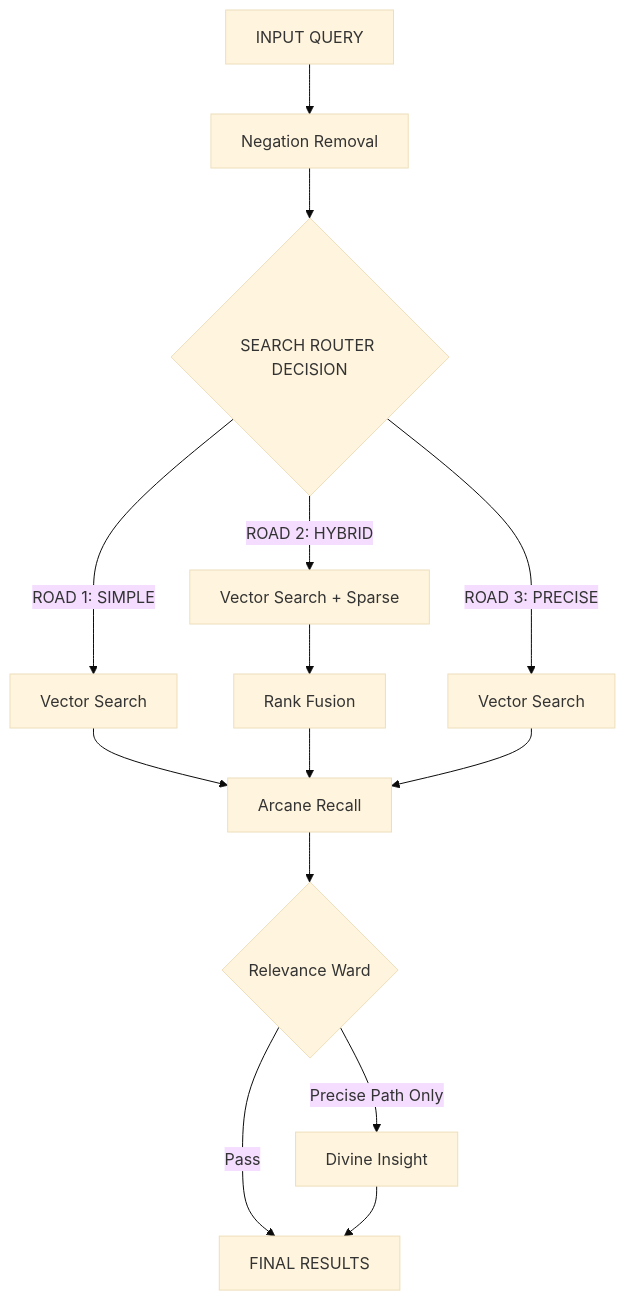
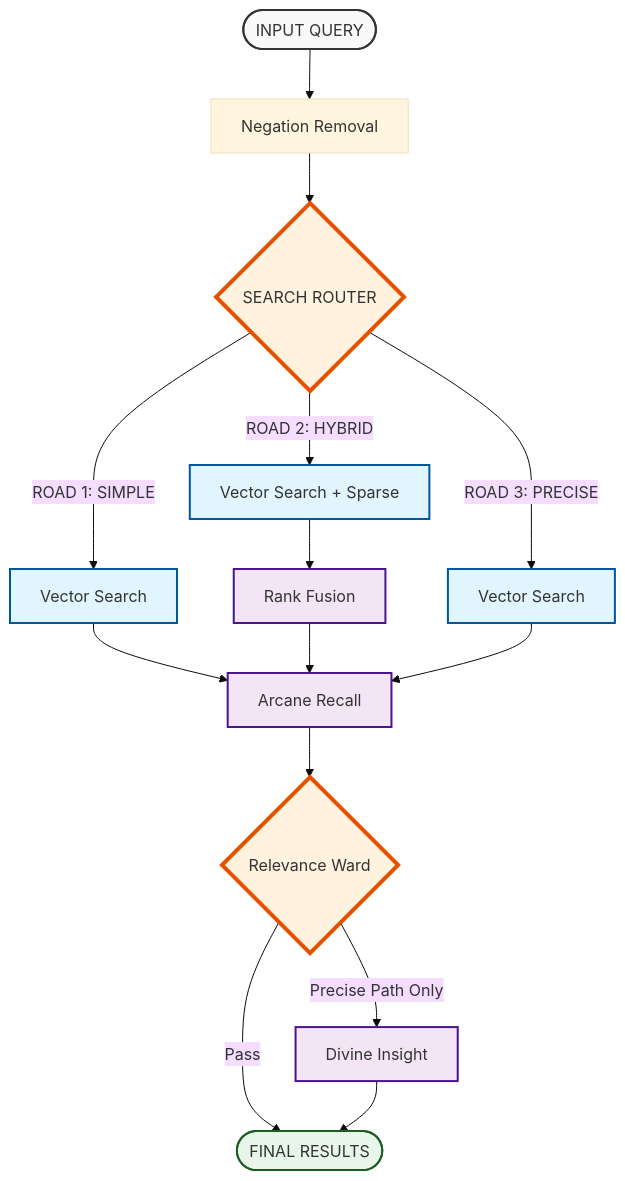
Before and after one commit to BansheeEmperor/candlekeep: the second of 5 diagrams in docs/ARCHITECTURE.md, drawn with Mermaid (base theme). The commit also changed other lines of this file and 1 other file, not shown here.

First line of the commit message:
docs: enhance mermaid diagrams with improved layout and styling

````diff
--- a/docs/ARCHITECTURE.md
+++ b/docs/ARCHITECTURE.md
@@ -69,21 +78,35 @@
 ```mermaid
 graph TD
-    Query[INPUT QUERY] --> Neg[Negation Removal]
-    Neg --> Router{SEARCH ROUTER DECISION}
+    classDef start fill:#f9f9f9,stroke:#333,stroke-width:2px;
+    classDef path fill:#e1f5fe,stroke:#01579b,stroke-width:2px;
+    classDef process fill:#f3e5f5,stroke:#4a148c,stroke-width:2px;
+    classDef result fill:#e8f5e9,stroke:#1b5e20,stroke-width:2px;
+    classDef decision fill:#fff3e0,stroke:#e65100,stroke-width:4px;
+
+    Query([INPUT QUERY]) --> Neg[Negation Removal]
+    Neg --> Router{SEARCH ROUTER}
+    class Query start;
+    class Router decision;
     
     Router -- ROAD 1: SIMPLE --> Simple[Vector Search]
     Router -- ROAD 2: HYBRID --> Hybrid[Vector Search + Sparse]
     Router -- ROAD 3: PRECISE --> Precise[Vector Search]
+    class Simple,Hybrid,Precise path;
     
     Hybrid --> Fusion[Rank Fusion]
+    class Fusion process;
     
     Simple --> Recall[Arcane Recall]
     Fusion --> Recall
     Precise --> Recall
+    class Recall process;
     
     Recall --> Ward{Relevance Ward}
+    class Ward decision;
     
-    Ward -- Pass --> Results[FINAL RESULTS]
+    Ward -- Pass --> Results([FINAL RESULTS])
     Ward -- Precise Path Only --> Divine[Divine Insight]
     Divine --> Results
+    class Results result;
+    class Divine process;
 ```
````
